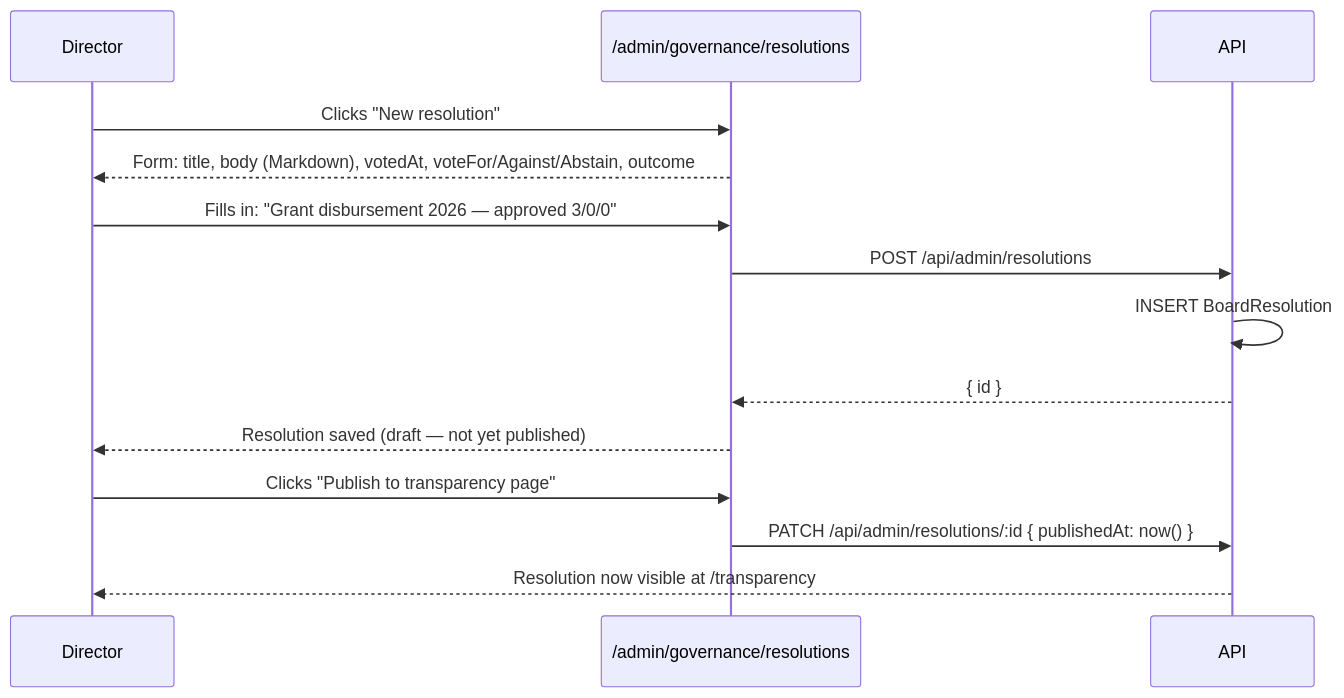
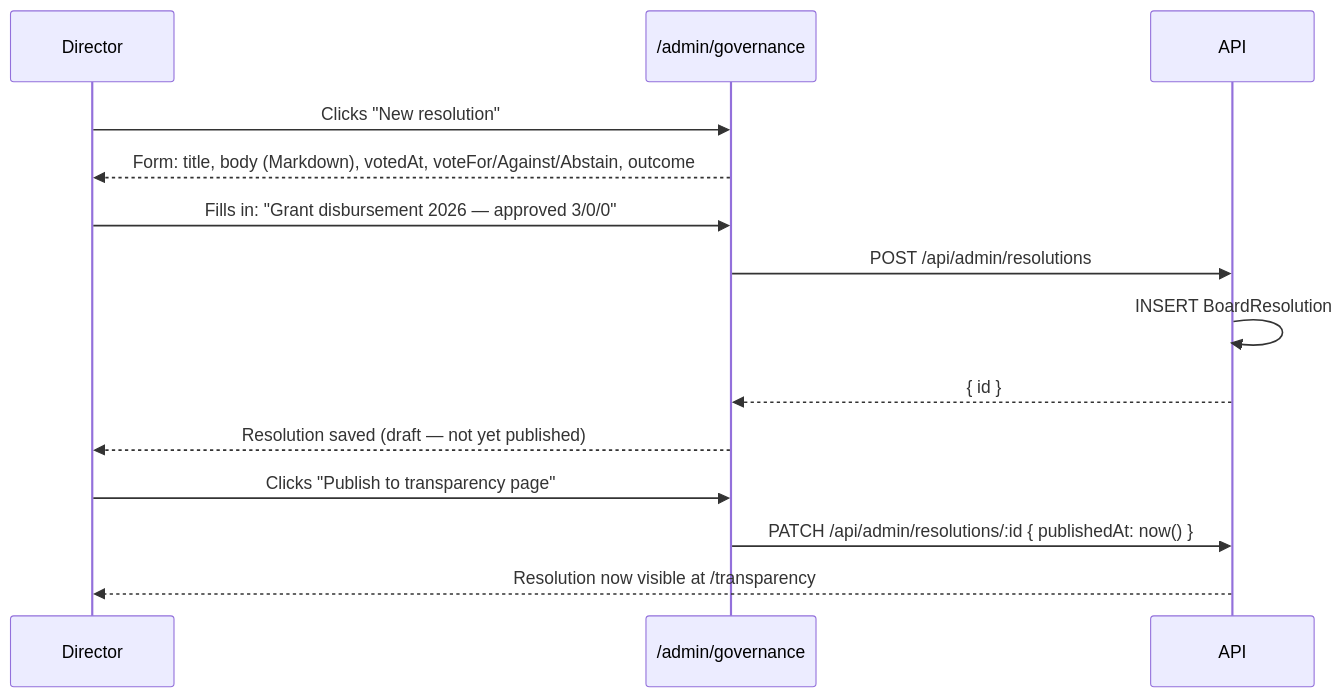
One commit to janiluuk/tahti-org changed the ninth of 10 diagrams in docs/technical/phase-12.md. Above: the diagram before and after it, drawn with Mermaid. The commit also changed other lines of this file and 10 other files, not shown here.

````diff
--- a/docs/technical/phase-12.md
+++ b/docs/technical/phase-12.md
@@ -655,18 +655,18 @@
 ```mermaid
 sequenceDiagram
     participant Dir as Director
-    participant Web as /admin/governance/resolutions
+    participant Web as /admin/governance
     participant API as API
 
     Dir->>Web: Clicks "New resolution"
     Web-->>Dir: Form: title, body (Markdown), votedAt, voteFor/Against/Abstain, outcome
     Dir->>Web: Fills in: "Grant disbursement 2026 — approved 3/0/0"
     Web->>API: POST /api/admin/resolutions
     API->>API: INSERT BoardResolution
     API-->>Web: { id }
     Web-->>Dir: Resolution saved (draft — not yet published)
 
     Dir->>Web: Clicks "Publish to transparency page"
     Web->>API: PATCH /api/admin/resolutions/:id { publishedAt: now() }
     API-->>Dir: Resolution now visible at /transparency
 ```
````
